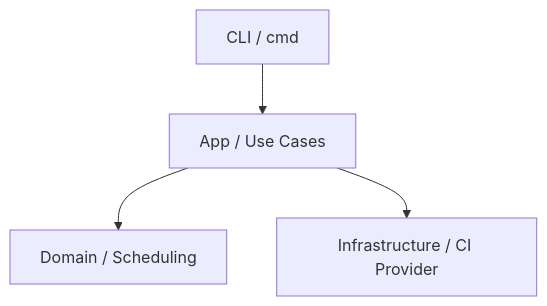
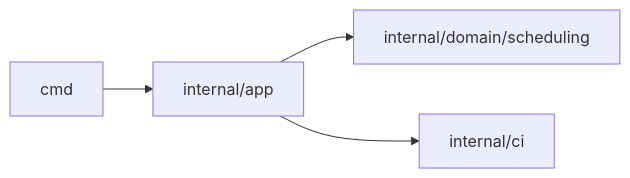
Before and after one commit to chenzhuyu2004/carbon-guard: the diagram in README.md, drawn with Mermaid. The commit also changed other lines of this file and 4 other files, not shown here.

````diff
--- a/README.md
+++ b/README.md
@@ -43,6 +58,6 @@
 ```mermaid
-flowchart TD
-  CLI["CLI / cmd"] --> APP["App / Use Cases"]
-  APP --> DOMAIN["Domain / Scheduling"]
-  APP --> INFRA["Infrastructure / CI Provider"]
+flowchart LR
+  CLI[cmd] --> APP[internal/app]
+  APP --> DOMAIN[internal/domain/scheduling]
+  APP --> INFRA[internal/ci]
 ```
````
